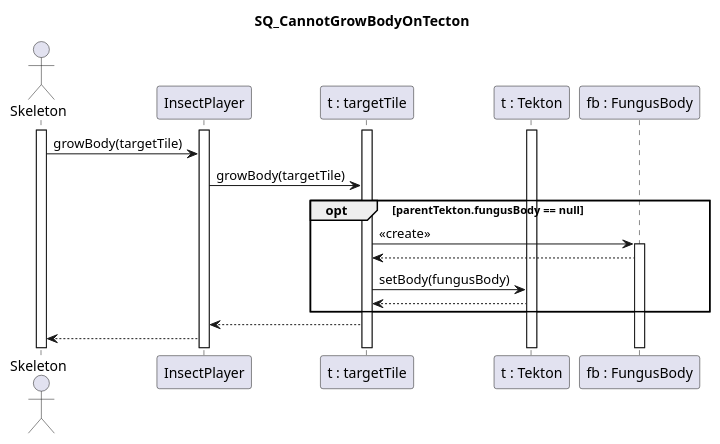
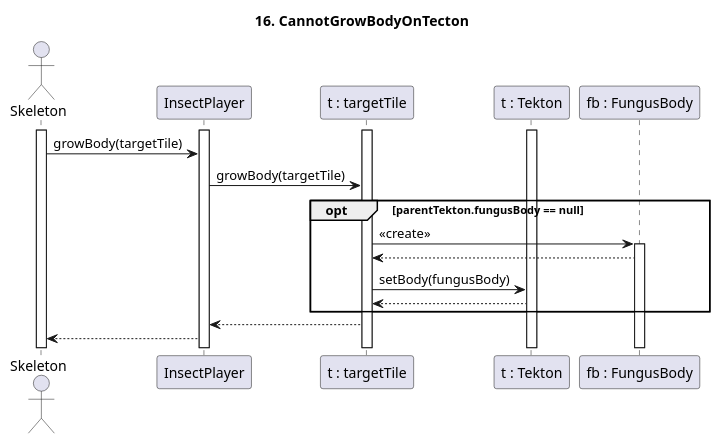
One commit to Harcipan/Projlab_nullpointerexception changed the diagram in diagrams/diagramFiles/SQ_CannotGrowBodyOnTecton.puml. Above: the diagram before and after it, drawn with PlantUML. The commit also changed 19 other files, not shown here.

Commit message:
numbered sq diagrams

```diff
--- a/diagrams/diagramFiles/SQ_CannotGrowBodyOnTecton.puml
+++ b/diagrams/diagramFiles/SQ_CannotGrowBodyOnTecton.puml
@@ -1,28 +1,28 @@
 @startuml SQ_CannotGrowBodyOnTecton
-title SQ_CannotGrowBodyOnTecton
+title 16. CannotGrowBodyOnTecton
 
 actor "Skeleton" as Pp
 participant "InsectPlayer" as Ip
 participant "t : targetTile" as Tt
 participant "t : Tekton" as T
 participant "fb : FungusBody" as Fb
 
 activate Pp
 activate Ip
 activate T
 activate Tt
 
 Pp -> Ip : growBody(targetTile)
 Ip -> Tt : growBody(targetTile)
 opt parentTekton.fungusBody == null
     Tt -> Fb : <<create>>
     activate Fb
     Fb --> Tt
     Tt -> T : setBody(fungusBody)
     T --> Tt
 end
 Tt --> Ip
 Ip --> Pp
 
 
 @enduml
```
